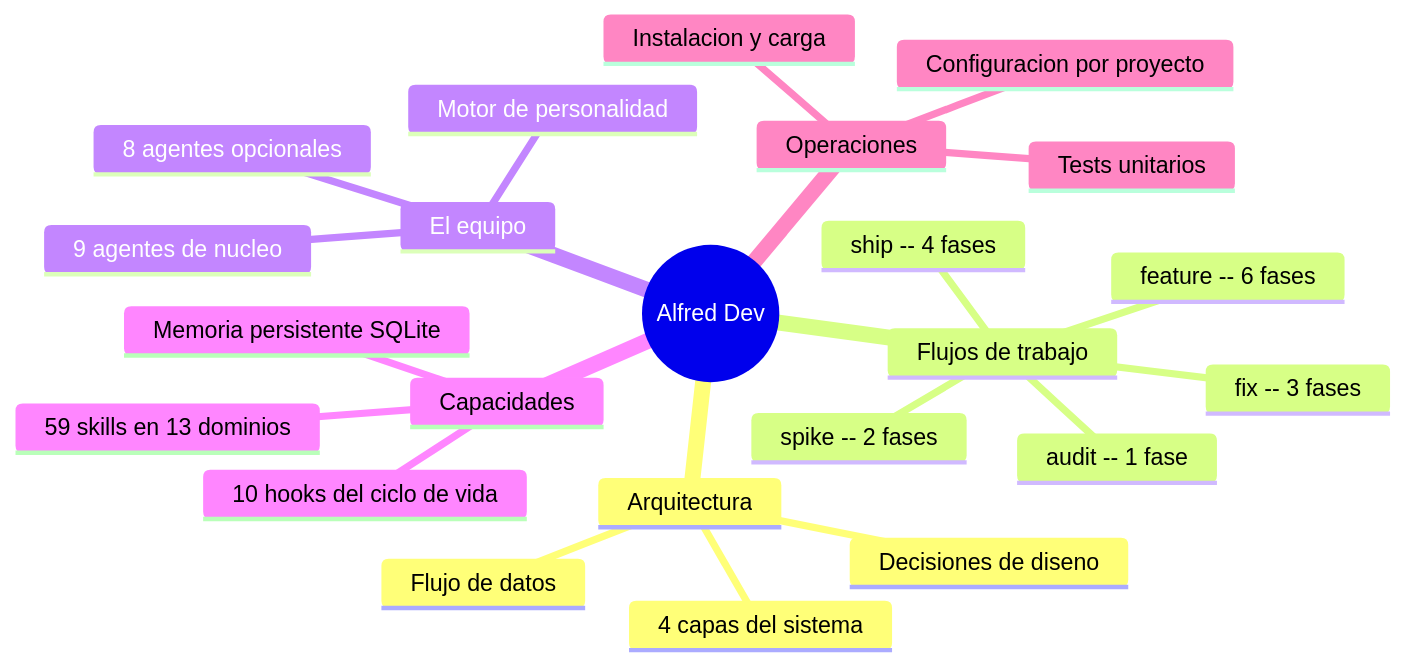
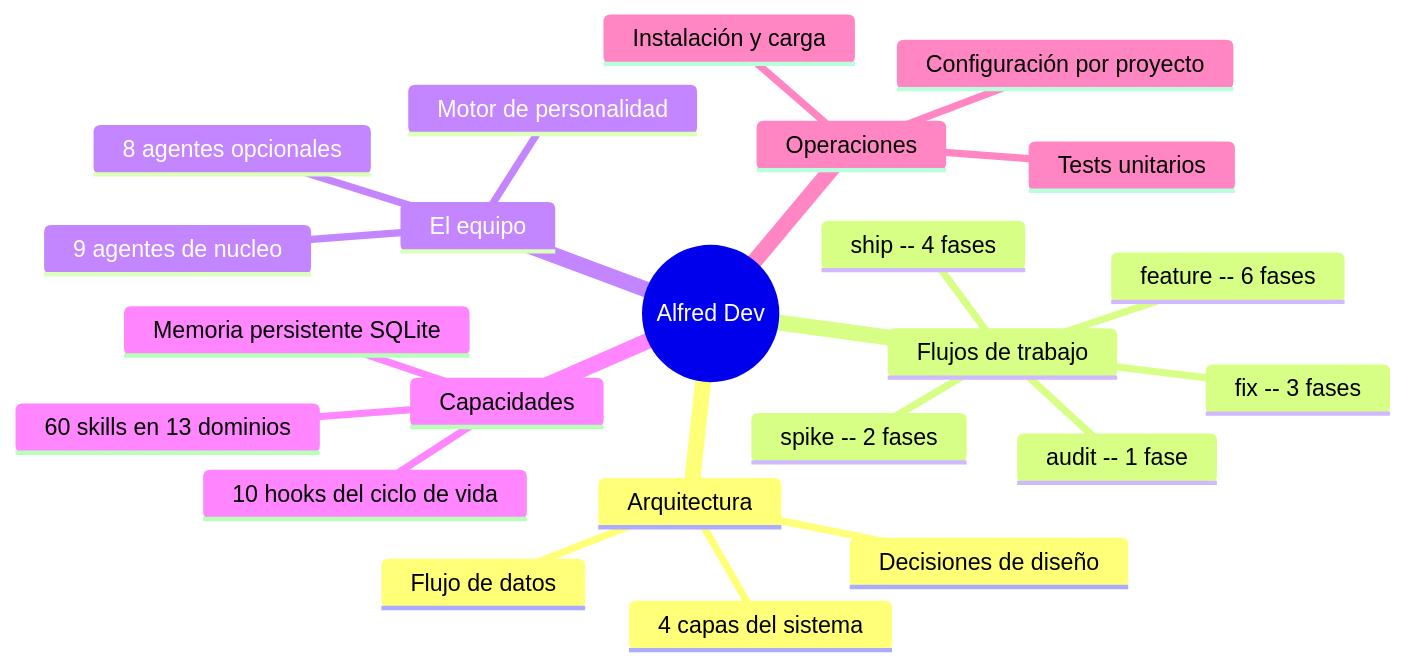
The diagram in docs/README.md (686f6c61/alfred-dev), drawn with Mermaid before and after one commit. The commit also changed other lines of this file and 93 other files, not shown here.

````diff
--- a/docs/README.md
+++ b/docs/README.md
@@ -13,26 +13,26 @@
 ```mermaid
 mindmap
   root((Alfred Dev))
     Arquitectura
       4 capas del sistema
-      Decisiones de diseno
+      Decisiones de diseño
       Flujo de datos
     Flujos de trabajo
       feature -- 6 fases
       fix -- 3 fases
       spike -- 2 fases
       ship -- 4 fases
       audit -- 1 fase
     El equipo
       9 agentes de nucleo
       8 agentes opcionales
       Motor de personalidad
     Capacidades
-      59 skills en 13 dominios
+      60 skills en 13 dominios
       10 hooks del ciclo de vida
       Memoria persistente SQLite
     Operaciones
-      Instalacion y carga
-      Configuracion por proyecto
+      Instalación y carga
+      Configuración por proyecto
       Tests unitarios
 ```
````
